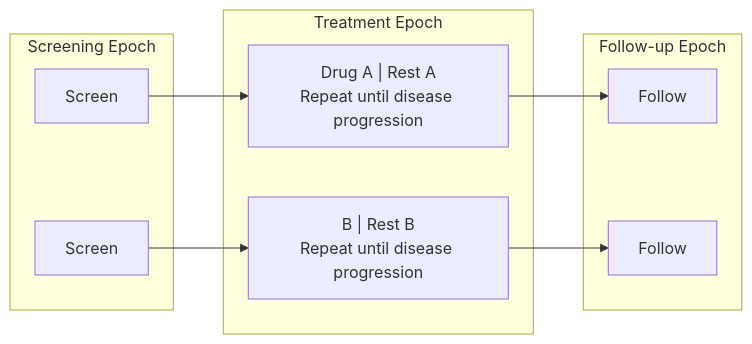
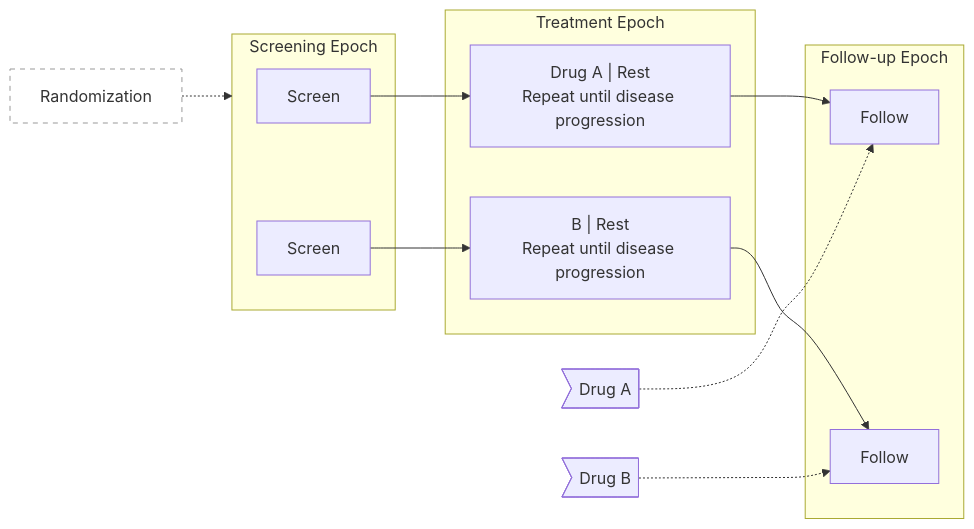
One commit to hakupao/sdtm-pedia changed diagram 19 of 24 in knowledge_base/domains/TA/examples.md. Above: the diagram before and after it, drawn with Mermaid. The commit also changed other lines of this file and 12 other files, not shown here.

First line of the commit message:
fix(kb): Tier B batch B-TA — TA narratives restored + 24 Mermaid vs PDF figures (PASS after 3 attempts; local)

````diff
--- a/knowledge_base/domains/TA/examples.md
+++ b/knowledge_base/domains/TA/examples.md
@@ -518,17 +727,21 @@
 ```mermaid
 graph LR
     subgraph SE["Screening Epoch"]
         s1[Screen]
         s2[Screen]
     end
     subgraph TE["Treatment Epoch"]
-        da["Drug A | Rest A<br/>Repeat until disease progression"]
-        db["B | Rest B<br/>Repeat until disease progression"]
+        da["Drug A | Rest<br/>Repeat until disease progression"]
+        db["B | Rest<br/>Repeat until disease progression"]
     end
     subgraph FU["Follow-up Epoch"]
         f1[Follow]
         f2[Follow]
     end
     s1 --> da --> f1
     s2 --> db --> f2
+    armA>"Drug A"] -.-> f1
+    armB>"Drug B"] -.-> f2
+    rand["Randomization"] -.-> SE
+    style rand fill:#fff,stroke:#999,stroke-dasharray:5 5
 ```
````
